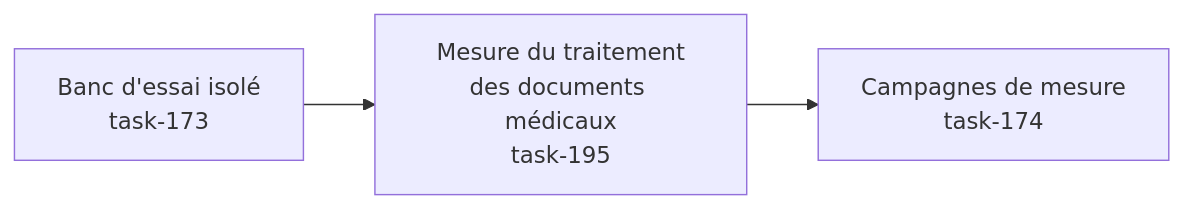
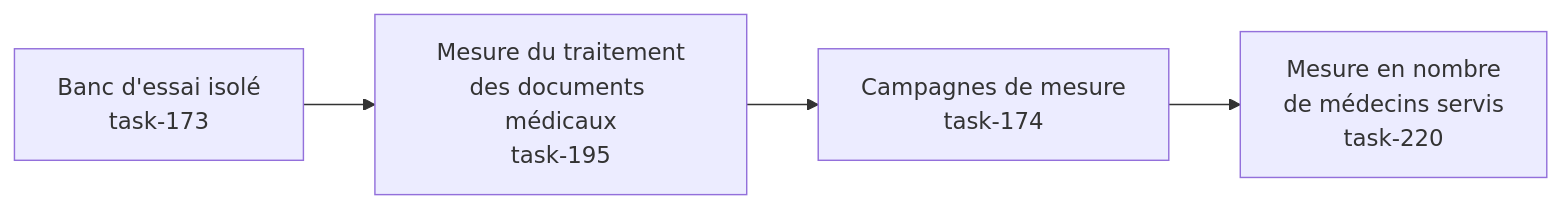
The diagram in Docs/epics/E015-tests-charge-api-mail.md (codengine-technologies/HealthPlatform.Forge), drawn with Mermaid before and after one commit. The commit also changed other lines of this file and 1 other file, not shown here.

Commit message:
docs(epics): E015 v1.19 — task-220 integree (vue produit par le tech-writer, entree v1.16 + annexe C des changelogs)

````diff
--- a/Docs/epics/E015-tests-charge-api-mail.md
+++ b/Docs/epics/E015-tests-charge-api-mail.md
@@ -104,4 +106,4 @@
 ```mermaid
 flowchart LR
-    A[Banc d'essai isolé<br/>task-173] --> B[Mesure du traitement<br/>des documents médicaux<br/>task-195] --> C[Campagnes de mesure<br/>task-174]
+    A[Banc d'essai isolé<br/>task-173] --> B[Mesure du traitement<br/>des documents médicaux<br/>task-195] --> C[Campagnes de mesure<br/>task-174] --> D[Mesure en nombre<br/>de médecins servis<br/>task-220]
 ```
````
